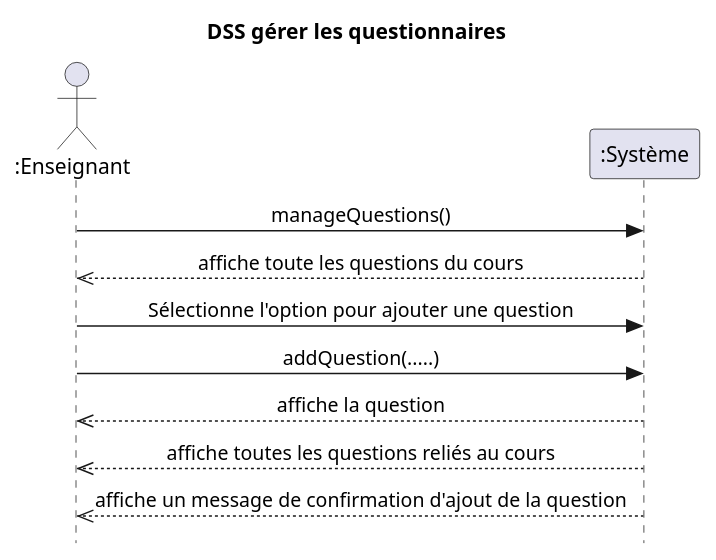
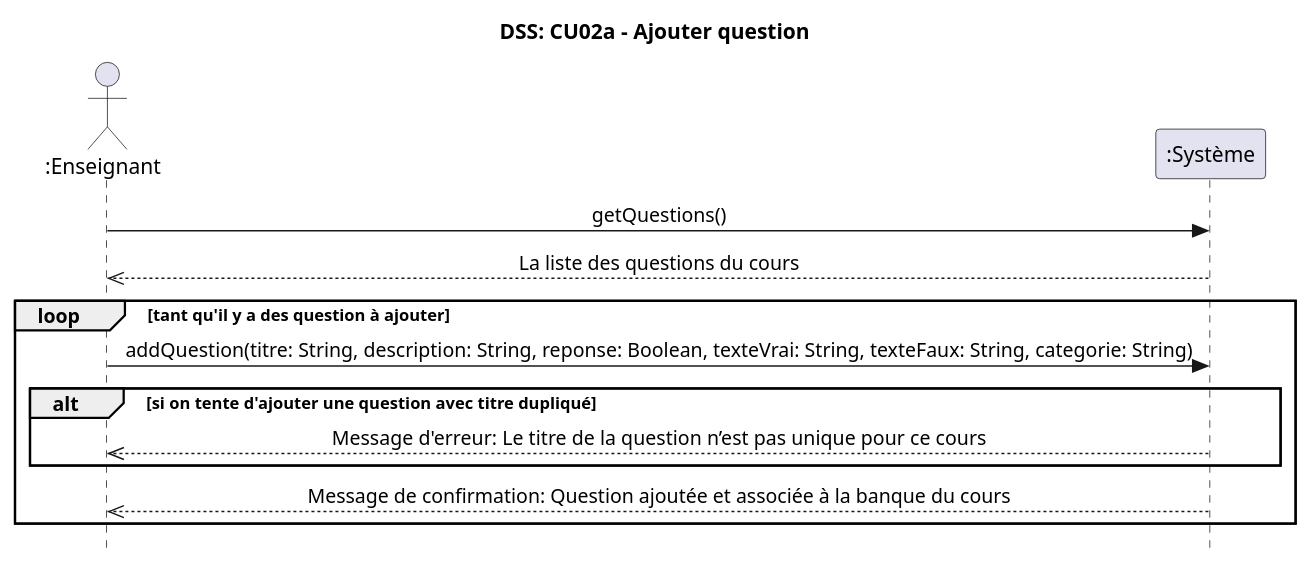
One commit to IshakMegatli1/MoodleCopy changed the diagram in docs/modeles/dss-CU02a.puml. Above: the diagram before and after it, drawn with PlantUML.

Commit message:
Finalisation DSS CU02a

```diff
--- a/docs/modeles/dss-CU02a.puml
+++ b/docs/modeles/dss-CU02a.puml
@@ -1,19 +1,22 @@
 @startuml
 
 skinparam style strictuml
 skinparam defaultfontname Verdana
 skinparam sequence {
     MessageAlign center
 }
-title DSS gérer les questionnaires
+title DSS: CU02a - Ajouter question
 actor ":Enseignant" as c
 participant ":Système" as s
-c->s : manageQuestions()
-c<<--s : affiche toute les questions du cours
-c->s : Sélectionne l'option pour ajouter une question 
-c->s : addQuestion(.....)
-c<<--s : affiche la question
-c<<--s : affiche toutes les questions reliés au cours
-c<<--s : affiche un message de confirmation d'ajout de la question
+c->s : getQuestions()
+c<<--s : La liste des questions du cours
+loop tant qu'il y a des question à ajouter
+    c->s : addQuestion(titre: String, description: String, reponse: Boolean, texteVrai: String, texteFaux: String, categorie: String)
+    alt si on tente d'ajouter une question avec titre dupliqué
+        c<<--s : Message d'erreur: Le titre de la question n’est pas unique pour ce cours
+    end
+    c<<--s : Message de confirmation: Question ajoutée et associée à la banque du cours
+end
+
 
 @enduml
```
